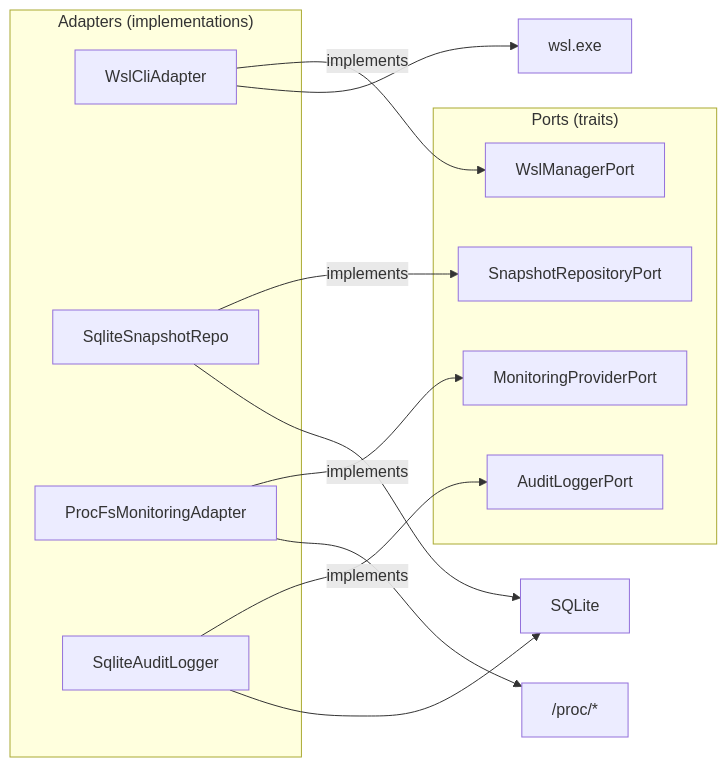
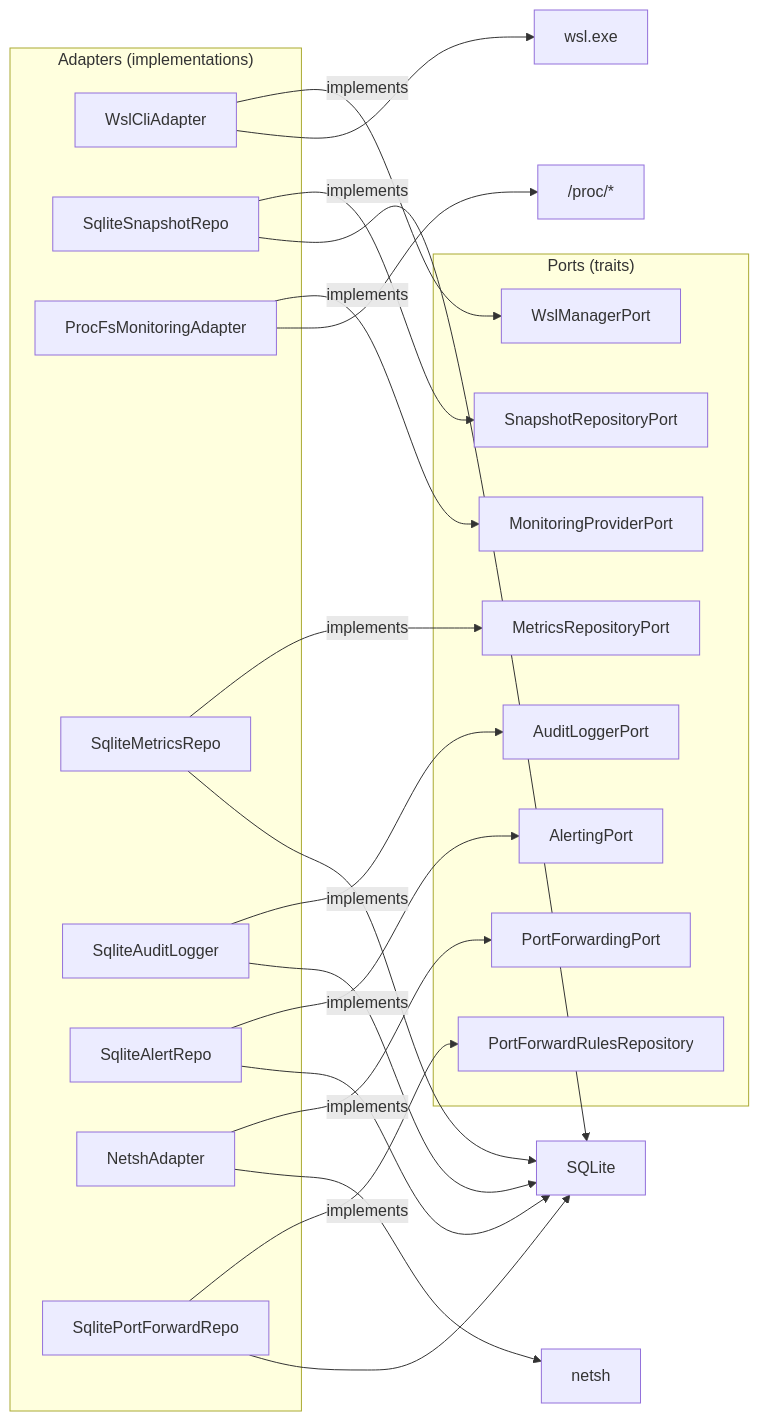
Before and after one commit to muchiny/wsl-dashboard: the second of 4 diagrams in README.md, drawn with Mermaid. The commit also changed other lines of this file and 10 other files, not shown here.

````diff
--- a/README.md
+++ b/README.md
@@ -75,21 +80,33 @@
 ```mermaid
 graph LR
     subgraph Ports["Ports (traits)"]
         WMP["WslManagerPort"]
         SRP["SnapshotRepositoryPort"]
         MPP["MonitoringProviderPort"]
+        MRP["MetricsRepositoryPort"]
         ALP["AuditLoggerPort"]
+        ATP["AlertingPort"]
+        PFP["PortForwardingPort"]
+        PFRP["PortForwardRulesRepository"]
     end
 
     subgraph Adapters["Adapters (implementations)"]
         WCA["WslCliAdapter"] -->|implements| WMP
         SSR["SqliteSnapshotRepo"] -->|implements| SRP
         PFA["ProcFsMonitoringAdapter"] -->|implements| MPP
+        SMR["SqliteMetricsRepo"] -->|implements| MRP
         SAL["SqliteAuditLogger"] -->|implements| ALP
+        SAR["SqliteAlertRepo"] -->|implements| ATP
+        NA["NetshAdapter"] -->|implements| PFP
+        SPFR["SqlitePortForwardRepo"] -->|implements| PFRP
     end
 
     WCA --> wsl["wsl.exe"]
     SSR --> db["SQLite"]
     PFA --> proc["/proc/*"]
+    SMR --> db
     SAL --> db
+    SAR --> db
+    NA --> netsh["netsh"]
+    SPFR --> db
 ```
````
